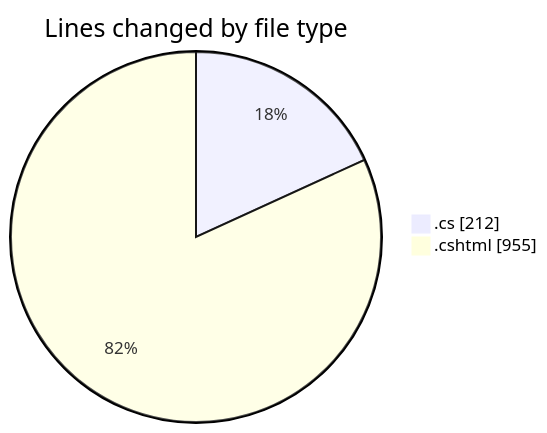
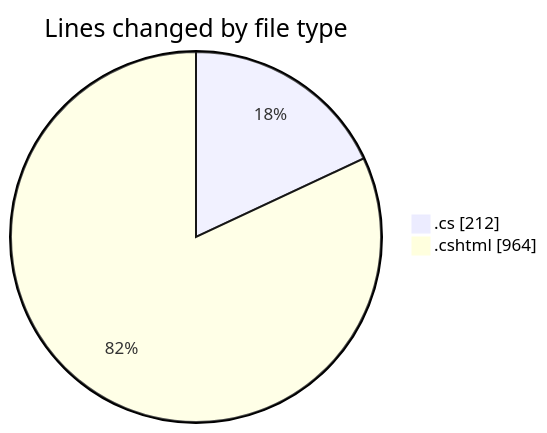
Before and after one commit to lephambinh05/code-tracking: the first of 2 diagrams in 2025-07-16/nhahang/README.md, drawn with Mermaid. The commit also changed other lines of this file and 1 other file, not shown here.

````diff
--- a/2025-07-16/nhahang/README.md
+++ b/2025-07-16/nhahang/README.md
@@ -45,6 +45,6 @@
 ```mermaid
 pie showData
 title Lines changed by file type
 ".cs" : 212
-".cshtml" : 955
+".cshtml" : 964
 ```
````
